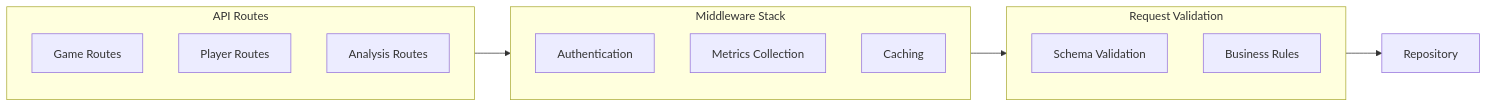
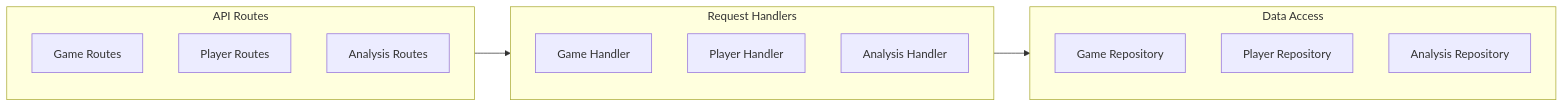
One commit to nessaee/chess-database changed the third of 4 diagrams in docs/system-diagram.md. Above: the diagram before and after it, drawn with Mermaid. The commit also changed other lines of this file and 5 other files, not shown here.

```diff
--- a/docs/system-diagram.md
+++ b/docs/system-diagram.md
@@ -137,32 +130,27 @@
 <pre class="mermaid">
 graph LR
-    %% API Routes
     subgraph Routes[API Routes]
         GameRoutes[Game Routes]
         PlayerRoutes[Player Routes]
         AnalysisRoutes[Analysis Routes]
     end
     
-    %% Middleware
-    subgraph Middleware[Middleware Stack]
-        Auth[Authentication]
-        Metrics[Metrics Collection]
-        Cache[Caching]
+    subgraph Handlers[Request Handlers]
+        GameHandler[Game Handler]
+        PlayerHandler[Player Handler]
+        AnalysisHandler[Analysis Handler]
     end
     
-    %% Validation
-    subgraph Validation[Request Validation]
-        Schema[Schema Validation]
-        Business[Business Rules]
+    subgraph Repositories[Data Access]
+        GameRepo[Game Repository]
+        PlayerRepo[Player Repository]
+        AnalysisRepo[Analysis Repository]
     end
     
-    %% Connections
-    Routes --> Middleware
-    Middleware --> Validation
-    Validation --> Repository
+    Routes --> Handlers
+    Handlers --> Repositories
     
-    %% Click Actions
     click GameRoutes "backend/api.md#game-operations" "View Game API Documentation"
     click PlayerRoutes "backend/api.md#player-operations" "View Player API Documentation"
     click AnalysisRoutes "backend/api.md#analysis-operations" "View Analysis API Documentation"
 </pre>
```
